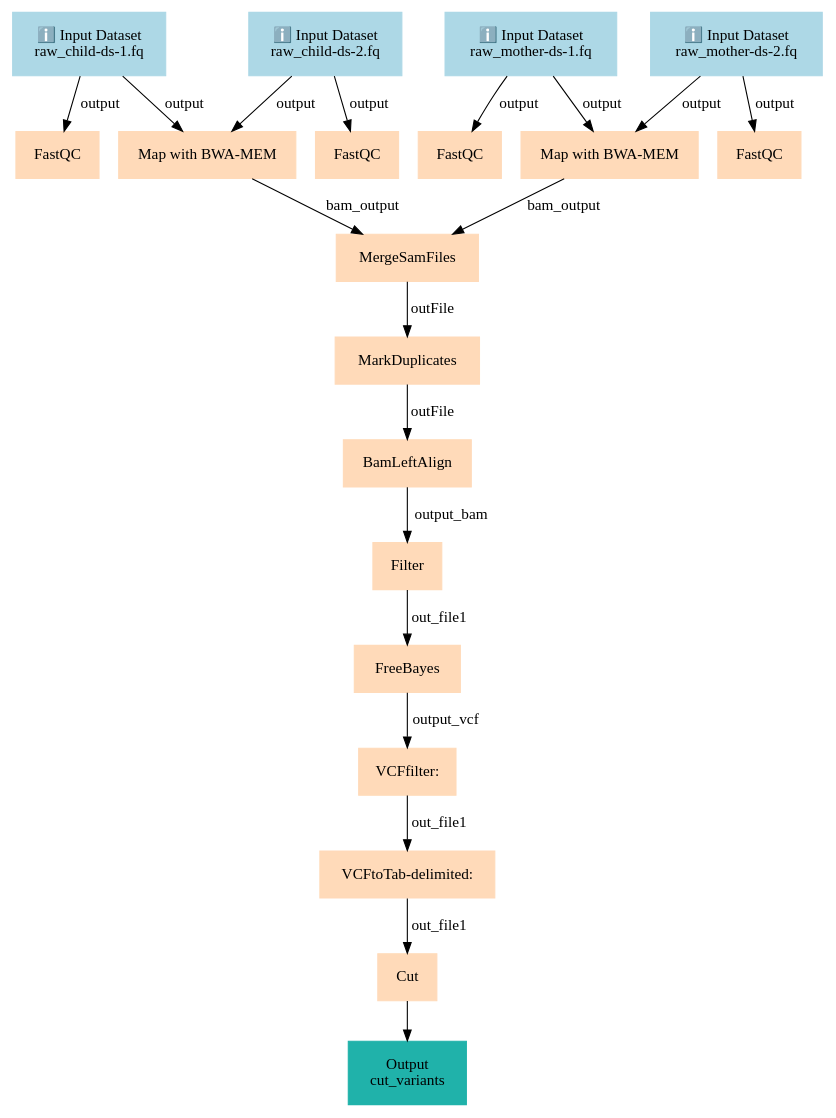
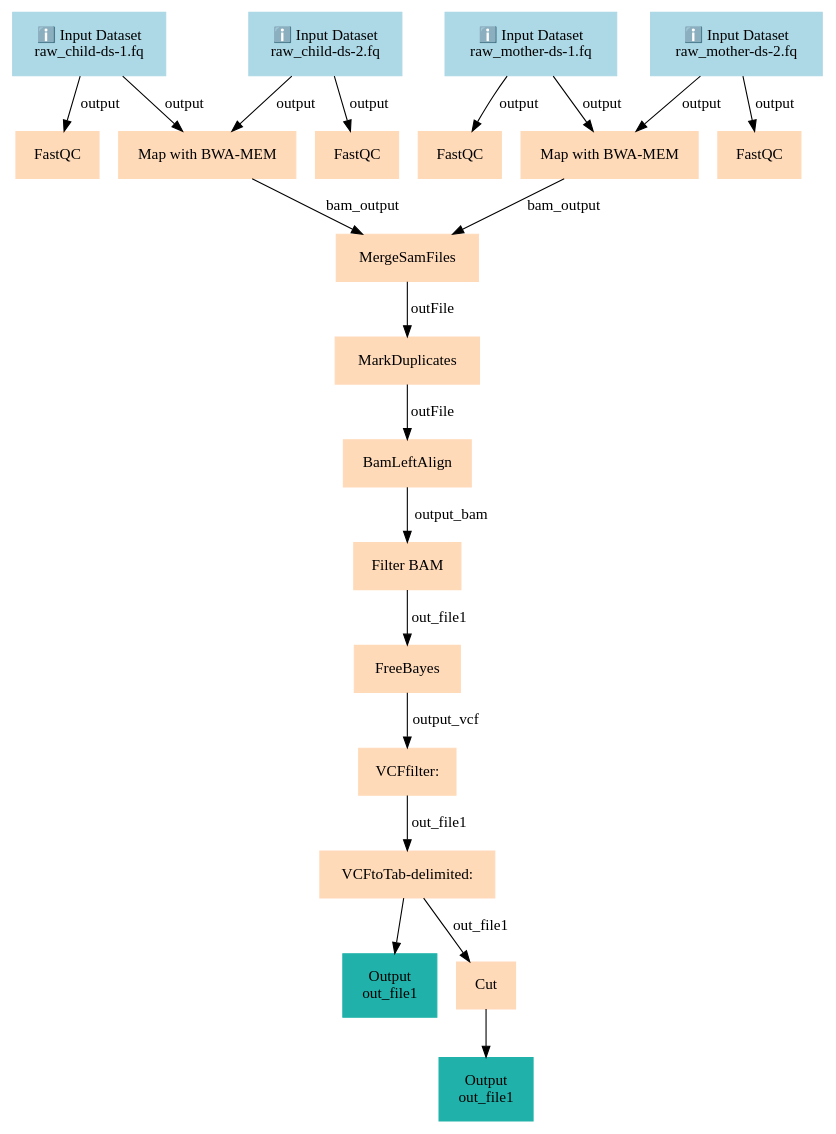
The diagram in api/workflows/variant-analysis/non-dip/calling-variants-in-non-diploid-systems/graph.dot (galaxyproject/training-material), drawn with Graphviz before and after one commit. The commit also changed 9502 other files, not shown here.

```diff
--- a/api/workflows/variant-analysis/non-dip/calling-variants-in-non-diploid-systems/graph.dot
+++ b/api/workflows/variant-analysis/non-dip/calling-variants-in-non-diploid-systems/graph.dot
@@ -1,41 +1,43 @@
 digraph main {
   node [fontname="Atkinson Hyperlegible", shape=box, color=white,style=filled,color=peachpuff,margin="0.2,0.2"];
   edge [fontname="Atkinson Hyperlegible"];
   0[color=lightblue,label="ℹ️ Input Dataset\nraw_child-ds-1.fq"]
   1[color=lightblue,label="ℹ️ Input Dataset\nraw_child-ds-2.fq"]
   2[color=lightblue,label="ℹ️ Input Dataset\nraw_mother-ds-1.fq"]
   3[color=lightblue,label="ℹ️ Input Dataset\nraw_mother-ds-2.fq"]
   4[label="FastQC"]
   0 -> 4 [label="output"]
   5[label="FastQC"]
   1 -> 5 [label="output"]
   6[label="Map with BWA-MEM"]
   0 -> 6 [label="output"]
   1 -> 6 [label="output"]
   7[label="FastQC"]
   2 -> 7 [label="output"]
   8[label="FastQC"]
   3 -> 8 [label="output"]
   9[label="Map with BWA-MEM"]
   2 -> 9 [label="output"]
   3 -> 9 [label="output"]
   10[label="MergeSamFiles"]
+  6 -> 10 [label="bam_output"]
   9 -> 10 [label="bam_output"]
-  6 -> 10 [label="bam_output"]
   11[label="MarkDuplicates"]
   10 -> 11 [label="outFile"]
   12[label="BamLeftAlign"]
   11 -> 12 [label="outFile"]
-  13[label="Filter"]
+  13[label="Filter BAM"]
   12 -> 13 [label="output_bam"]
   14[label="FreeBayes"]
   13 -> 14 [label="out_file1"]
   15[label="VCFfilter:"]
   14 -> 15 [label="output_vcf"]
   16[label="VCFtoTab-delimited:"]
   15 -> 16 [label="out_file1"]
+  k108f111b602b4ef9abd3036554bd5719[color=lightseagreen,label="Output\nout_file1"]
+  16 -> k108f111b602b4ef9abd3036554bd5719
   17[label="Cut"]
   16 -> 17 [label="out_file1"]
-  kf2e84a79a71f4b5fa52655d8cd472a05[color=lightseagreen,label="Output\ncut_variants"]
-  17 -> kf2e84a79a71f4b5fa52655d8cd472a05
+  k7a28747bcac3458cb7850cc4d65d7409[color=lightseagreen,label="Output\nout_file1"]
+  17 -> k7a28747bcac3458cb7850cc4d65d7409
 }
```
